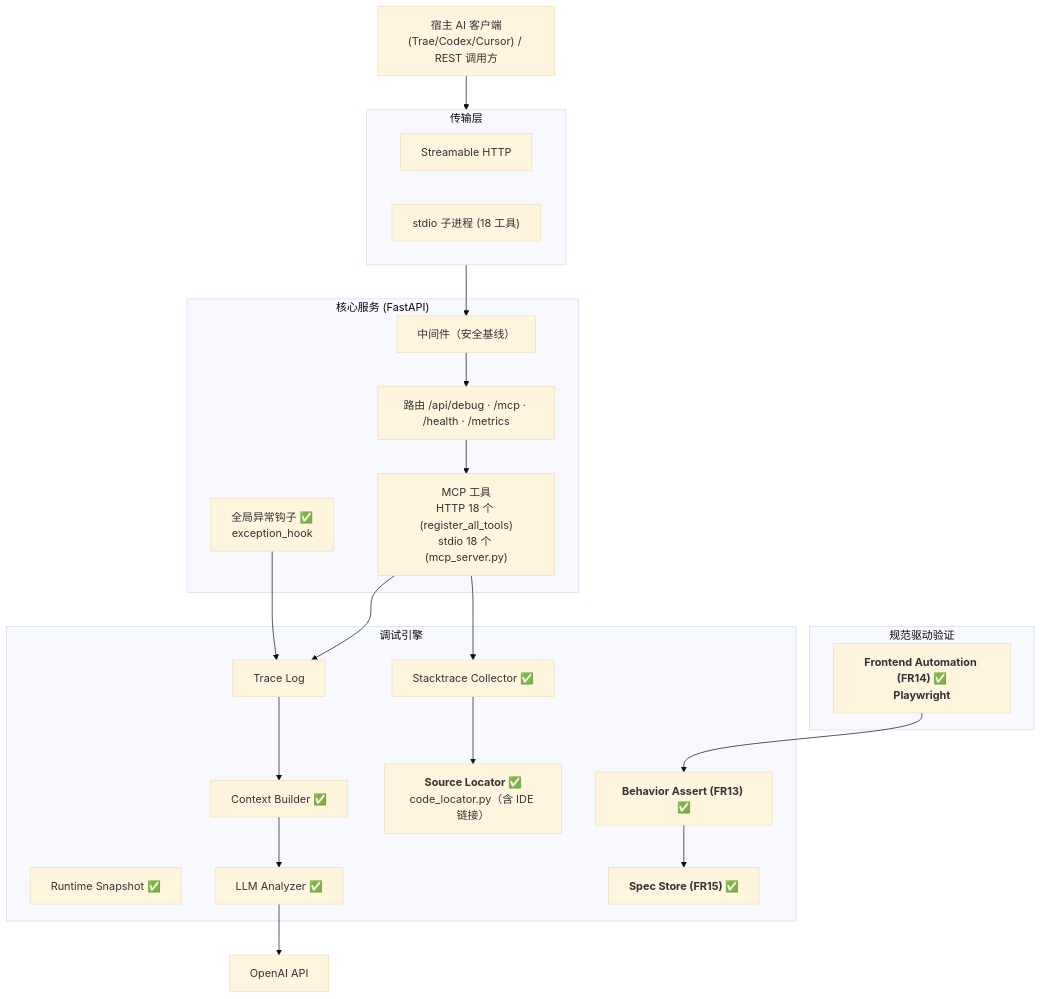
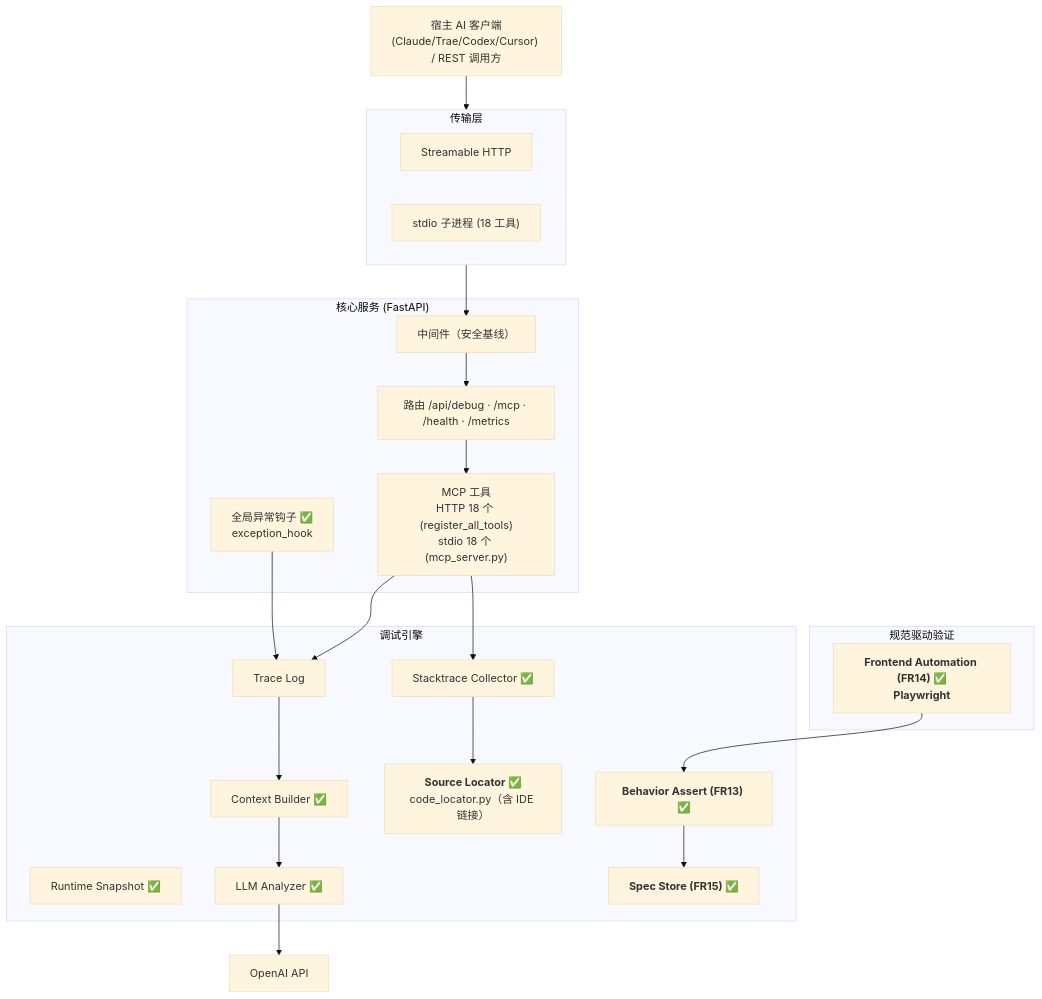
The first of 3 diagrams in docs/public/PRD.md (Ljj041120/Lujo-MCP), drawn with Mermaid (base theme) before and after one commit. The commit also changed other lines of this file and 7 other files, not shown here.

Commit message:
docs: restore Claude as supported/adapted client (keep author de-brand)

````diff
--- a/docs/public/PRD.md
+++ b/docs/public/PRD.md
@@ -377,42 +377,42 @@
 ```mermaid
 flowchart TB
-    Client["宿主 AI 客户端<br/>(Trae/Codex/Cursor) / REST 调用方"]
+    Client["宿主 AI 客户端<br/>(Claude/Trae/Codex/Cursor) / REST 调用方"]
 
     subgraph Transport["传输层"]
         HTTP["Streamable HTTP"]
         STDIO["stdio 子进程 (18 工具)"]
     end
 
     subgraph Core["核心服务 (FastAPI)"]
         Hook["全局异常钩子 ✅<br/>exception_hook"]
         MW["中间件（安全基线）"]
         Router["路由 /api/debug · /mcp · /health · /metrics"]
         Tools["MCP 工具<br/>HTTP 18 个 (register_all_tools)<br/>stdio 18 个 (mcp_server.py)"]
     end
 
     subgraph Engine["调试引擎"]
         Logs["Trace Log"]
         Builder["Context Builder ✅"]
         Stack["Stacktrace Collector ✅"]
         Locator["<b>Source Locator ✅</b><br/>code_locator.py（含 IDE 链接）"]
         Runtime["Runtime Snapshot ✅"]
         Analyzer["LLM Analyzer ✅"]
         Assert["<b>Behavior Assert (FR13) ✅</b>"]
         SpecStore["<b>Spec Store (FR15) ✅</b>"]
     end
 
     subgraph Verify["规范驱动验证"]
         E2E["<b>Frontend Automation (FR14) ✅<br/>Playwright</b>"]
     end
 
     Client --> Transport
     Hook --> Logs
     Transport --> MW --> Router --> Tools
     Tools --> Logs --> Builder
     Tools --> Stack
     Stack --> Locator
     Builder --> Analyzer
     Analyzer --> LLM["OpenAI API"]
     Assert --> SpecStore
     E2E --> Assert
 ```
````
